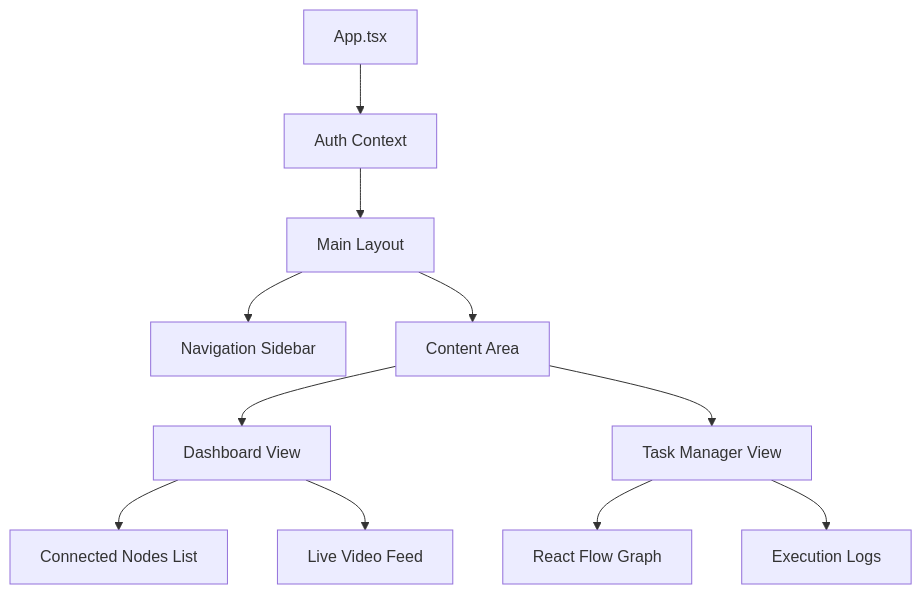
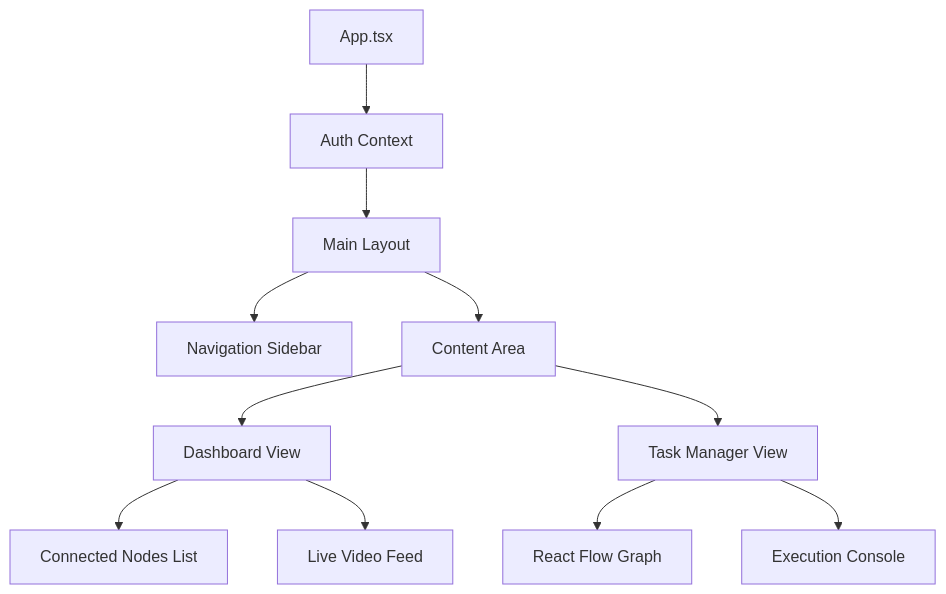
One commit to DEVELOPER-DEEVEN/alien-project changed the diagram in network/webui/frontend/README.md. Above: the diagram before and after it, drawn with Mermaid. The commit also changed 6 other files, not shown here.

Commit message:
Docs: Integrated Mermaid diagrams across all modules for architectural visualization

````diff
--- a/network/webui/frontend/README.md
+++ b/network/webui/frontend/README.md
@@ -35,15 +35,15 @@
 ```mermaid
 graph TD
     App[App.tsx] --> AuthProvider[Auth Context]
     AuthProvider --> Layout[Main Layout]
     Layout --> Sidebar[Navigation Sidebar]
     Layout --> Content[Content Area]
     
     Content --> Dashboard[Dashboard View]
     Dashboard --> NodeList[Connected Nodes List]
     Dashboard --> StreamView[Live Video Feed]
     
     Content --> TaskManager[Task Manager View]
     TaskManager --> DAGVisualizer[React Flow Graph]
-    TaskManager --> LogConsole[Execution Logs]
+    TaskManager --> LogConsole[Execution Console]
 ```
````
